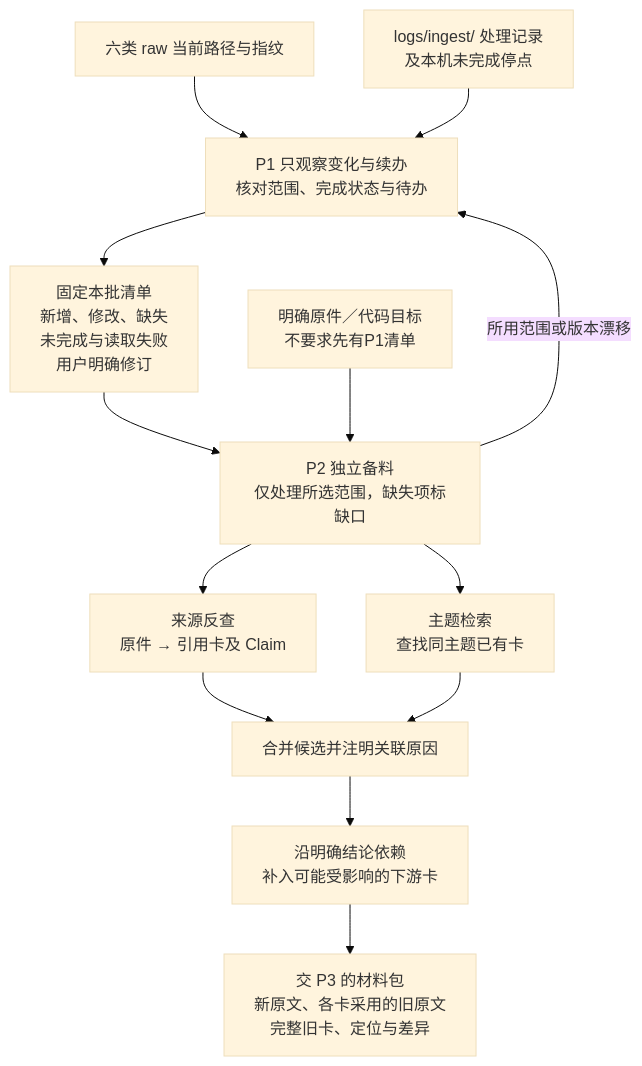
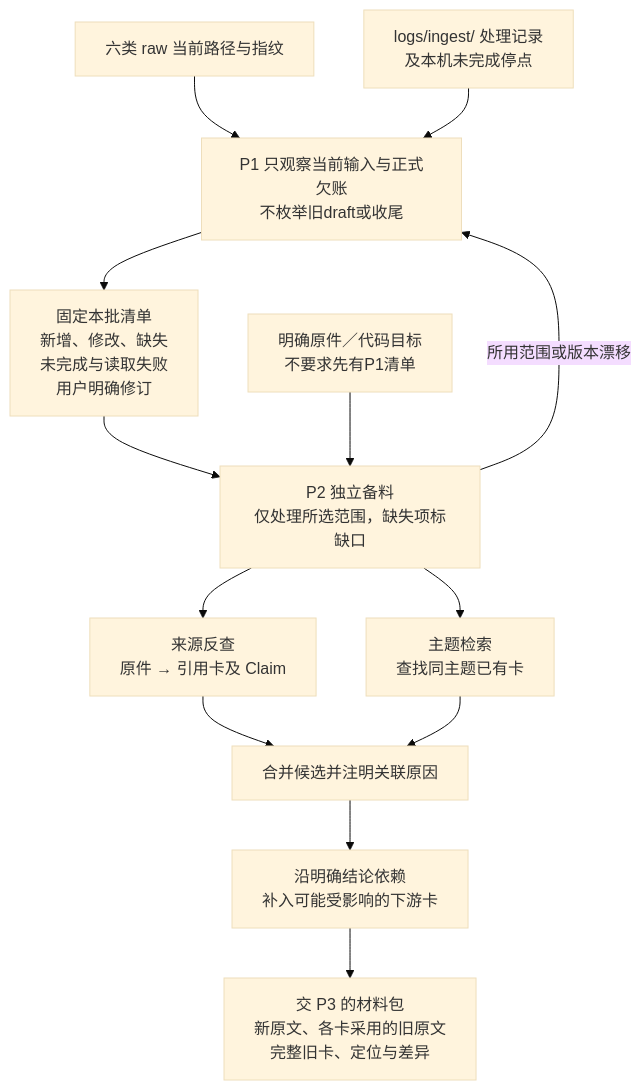
Diagram 13 of 27 in himate-knowledge-wifi-mp/docs-llm-wiki/知识库详细设计.md (Robin-hhc/FactumCore), drawn with Mermaid (base theme) before and after one commit. The commit also changed other lines of this file and 11 other files, not shown here.

````diff
--- a/himate-knowledge-wifi-mp/docs-llm-wiki/知识库详细设计.md
+++ b/himate-knowledge-wifi-mp/docs-llm-wiki/知识库详细设计.md
@@ -472,15 +472,15 @@
 ```mermaid
 flowchart TD
-    RAW["六类 raw 当前路径与指纹"] --> SCAN["P1 只观察变化与续办<br/>核对范围、完成状态与待办"]
+    RAW["六类 raw 当前路径与指纹"] --> SCAN["P1 只观察当前输入与正式欠账<br/>不枚举旧draft或收尾"]
     RECORD["logs/ingest/ 处理记录<br/>及本机未完成停点"] --> SCAN
     SCAN --> LIST["固定本批清单<br/>新增、修改、缺失<br/>未完成与读取失败<br/>用户明确修订"]
     LIST --> CAPTURE["P2 独立备料<br/>仅处理所选范围，缺失项标缺口"]
     TARGET["明确原件／代码目标<br/>不要求先有P1清单"] --> CAPTURE
     CAPTURE -->|所用范围或版本漂移| SCAN
     CAPTURE --> REF["来源反查<br/>原件 → 引用卡及 Claim"]
     CAPTURE --> SEARCH["主题检索<br/>查找同主题已有卡"]
     REF --> POOL["合并候选并注明关联原因"]
     SEARCH --> POOL
     POOL --> DEP["沿明确结论依赖<br/>补入可能受影响的下游卡"]
     DEP --> MAT["交 P3 的材料包<br/>新原文、各卡采用的旧原文<br/>完整旧卡、定位与差异"]
 ```
````
